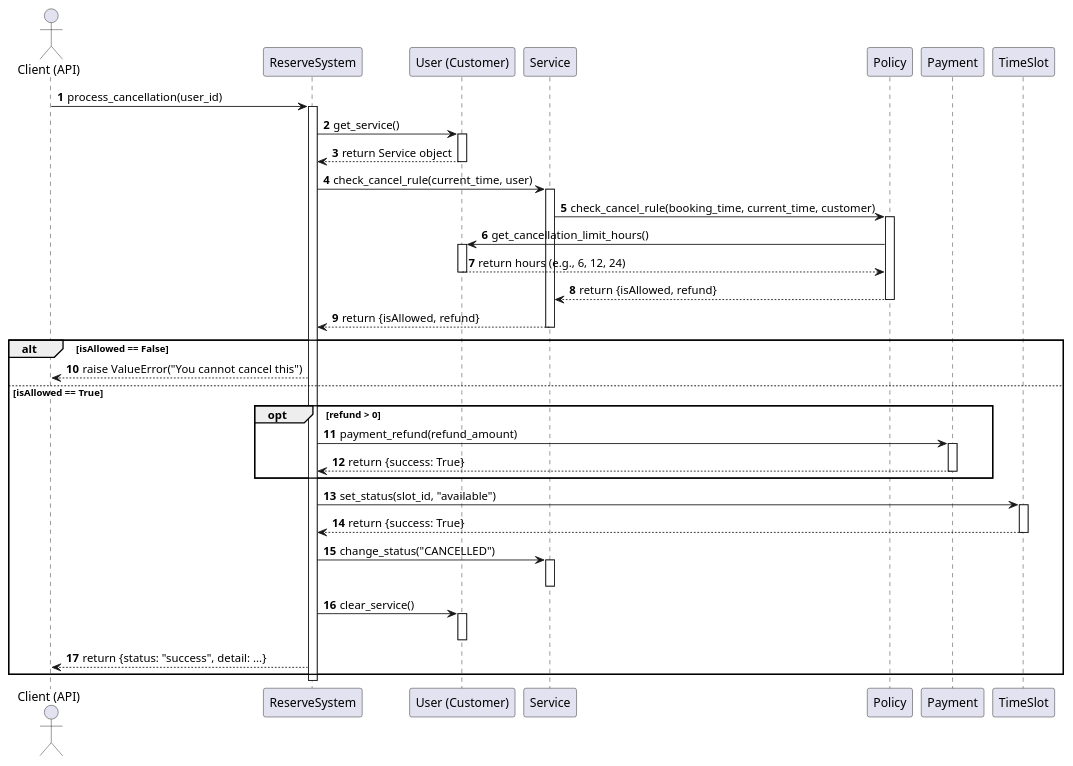
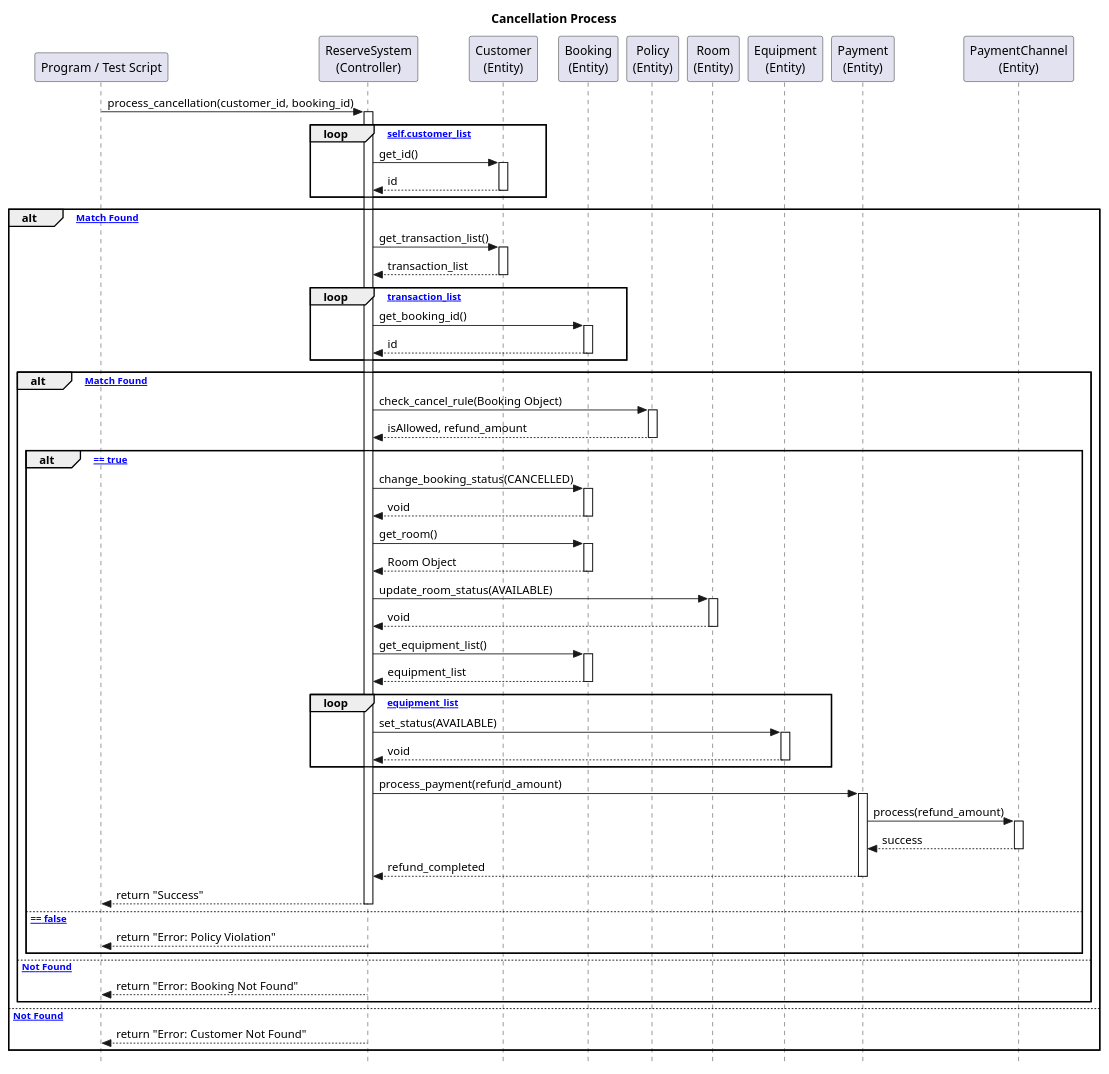
The diagram in diagram/sequence_diagram/cancel_booking.puml (pjngth998/RhythmReserve), drawn with PlantUML before and after one commit. The commit also changed 1 other file, not shown here.

```diff
--- a/diagram/sequence_diagram/cancel_booking.puml
+++ b/diagram/sequence_diagram/cancel_booking.puml
@@ -1,64 +1,77 @@
-@startuml cancel_booking
-autonumber
-actor "Client (API)" as C
-participant ReserveSystem as RS
-participant "User (Customer)" as U
-participant Service as S
-participant Policy as Pol
-participant Payment as Pay
-participant TimeSlot as TS
+@startuml
+skinparam style strictuml
+autoactivate on
 
-C->RS : process_cancellation(user_id)
-activate RS
+participant "Program / Test Script" as Program
+participant "ReserveSystem\n(Controller)" as System
+participant "Customer\n(Entity)" as Customer
+participant "Booking\n(Entity)" as Booking
+participant "Policy\n(Entity)" as Policy
+participant "Room\n(Entity)" as Room
+participant "Equipment\n(Entity)" as Equipment
+participant "Payment\n(Entity)" as Payment
+participant "PaymentChannel\n(Entity)" as Channel
 
-RS -> U: get_service()
-activate U
-U --> RS: return Service object
-deactivate U
+title Cancellation Process
 
-RS -> S: check_cancel_rule(current_time, user)
-activate S
+Program -> System : process_cancellation(customer_id, booking_id)
 
-S -> Pol: check_cancel_rule(booking_time, current_time, customer)
-activate Pol
-
-Pol -> U : get_cancellation_limit_hours()
-activate U
-U --> Pol : return hours (e.g., 6, 12, 24)
-deactivate U
-
-Pol --> S : return {isAllowed, refund}
-deactivate Pol
-
-S --> RS : return {isAllowed, refund}
-deactivate S
-
-alt isAllowed == False
-    RS --> C: raise ValueError("You cannot cancel this")
-
-else isAllowed == True
-
-    opt refund > 0
-        RS -> Pay : payment_refund(refund_amount)
-        activate Pay
-        Pay --> RS: return {success: True}
-        deactivate Pay
+    loop [in self.customer_list]
+        System -> Customer : get_id()
+        return id
     end
 
-    RS -> TS: set_status(slot_id, "available")
-    activate TS
-    TS --> RS : return {success: True}
-    deactivate TS
+    alt [Customer Match Found]
+        
+        System -> Customer : get_transaction_list()
+        return transaction_list
 
-    RS -> S : change_status("CANCELLED")
-    activate S
-    deactivate S
+        loop [in transaction_list]
+            System -> Booking : get_booking_id()
+            return id
+        end
 
-    RS -> U : clear_service()
-    activate U
-    deactivate U
+        alt [Booking Match Found]
+            
+            System -> Policy : check_cancel_rule(Booking Object)
+            return isAllowed, refund_amount
 
-    RS --> C : return {status: "success", detail: ...}
-end
-deactivate RS
+            alt [isAllowed == true]
+                
+                System -> Booking : change_booking_status(CANCELLED)
+                return void
+
+                System -> Booking : get_room()
+                return Room Object
+                
+                System -> Room : update_room_status(AVAILABLE)
+                return void
+
+                System -> Booking : get_equipment_list()
+                return equipment_list
+
+                loop [in equipment_list]
+                    System -> Equipment : set_status(AVAILABLE)
+                    return void
+                end
+
+                System -> Payment : process_payment(refund_amount)
+                    Payment -> Channel : process(refund_amount)
+                    return success
+                return refund_completed
+                
+                System --> Program : return "Success"
+
+            else [isAllowed == false]
+                System --> Program : return "Error: Policy Violation"
+            end
+
+        else [Booking Not Found]
+            System --> Program : return "Error: Booking Not Found"
+        end
+
+    else [Customer Not Found]
+        System --> Program : return "Error: Customer Not Found"
+    end
+
 @enduml
```
